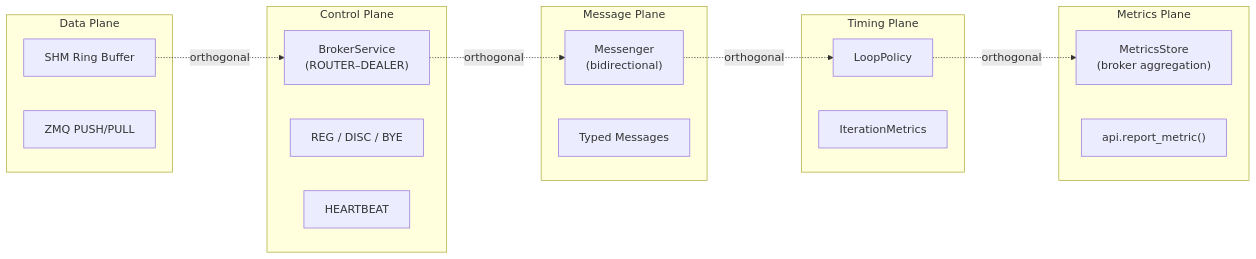
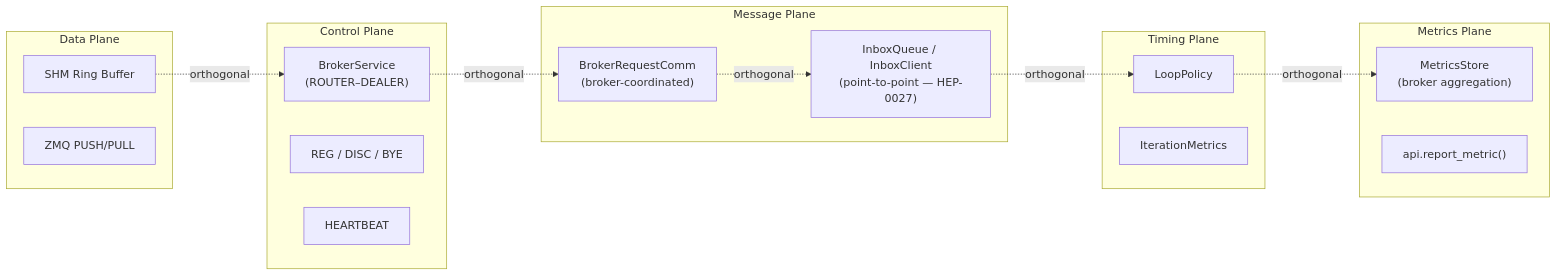
One commit to Qing-LAB/pylabhub changed the first of 3 diagrams in docs/HEP/HEP-CORE-0017-Pipeline-Architecture.md. Above: the diagram before and after it, drawn with Mermaid. The commit also changed other lines of this file and 8 other files, not shown here.

````diff
--- a/docs/HEP/HEP-CORE-0017-Pipeline-Architecture.md
+++ b/docs/HEP/HEP-CORE-0017-Pipeline-Architecture.md
@@ -52,33 +54,34 @@
 ```mermaid
 graph LR
     subgraph "Data Plane"
         DP_SHM["SHM Ring Buffer"]
         DP_ZMQ["ZMQ PUSH/PULL"]
     end
 
     subgraph "Control Plane"
         CP_BROKER["BrokerService<br/>(ROUTER–DEALER)"]
         CP_REG["REG / DISC / BYE"]
         CP_HB["HEARTBEAT"]
     end
 
     subgraph "Message Plane"
-        MP_MSG["Messenger<br/>(bidirectional)"]
-        MP_TYPED["Typed Messages"]
+        MP_BRC["BrokerRequestComm<br/>(broker-coordinated)"]
+        MP_INBOX["InboxQueue / InboxClient<br/>(point-to-point — HEP-0027)"]
     end
 
     subgraph "Timing Plane"
         TP_LP["LoopPolicy"]
         TP_METRICS["IterationMetrics"]
     end
 
     subgraph "Metrics Plane"
         MET_STORE["MetricsStore<br/>(broker aggregation)"]
         MET_API["api.report_metric()"]
     end
 
     DP_SHM -.->|"orthogonal"| CP_BROKER
-    CP_BROKER -.->|"orthogonal"| MP_MSG
-    MP_MSG -.->|"orthogonal"| TP_LP
+    CP_BROKER -.->|"orthogonal"| MP_BRC
+    MP_BRC -.->|"orthogonal"| MP_INBOX
+    MP_INBOX -.->|"orthogonal"| TP_LP
     TP_LP -.->|"orthogonal"| MET_STORE
 ```
````
